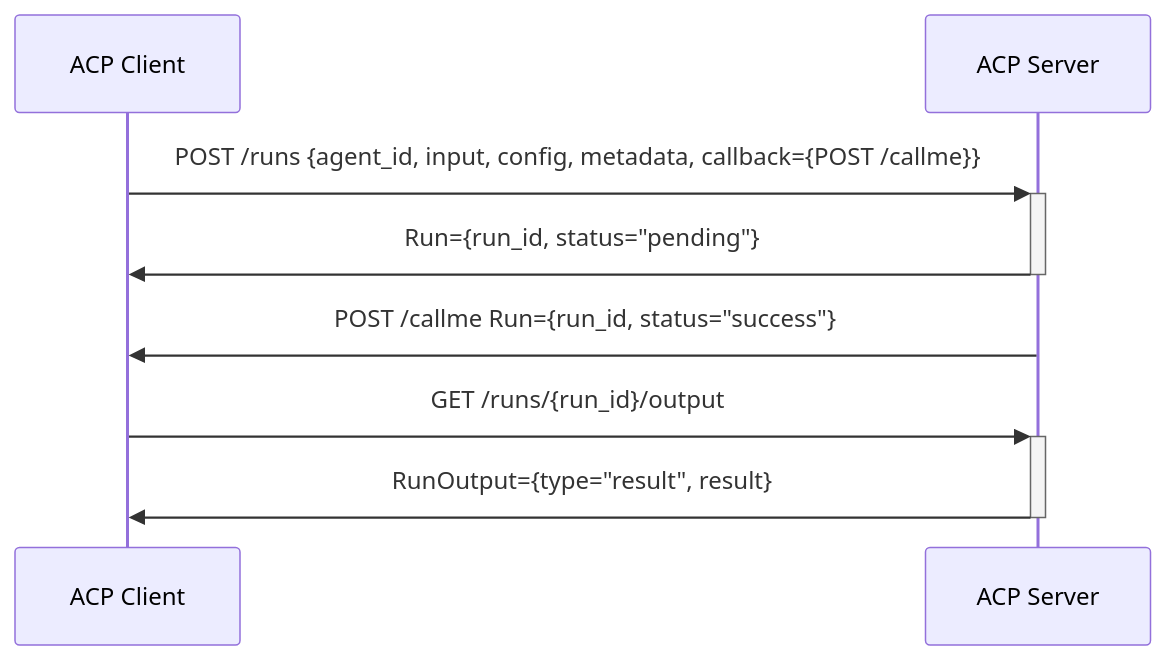
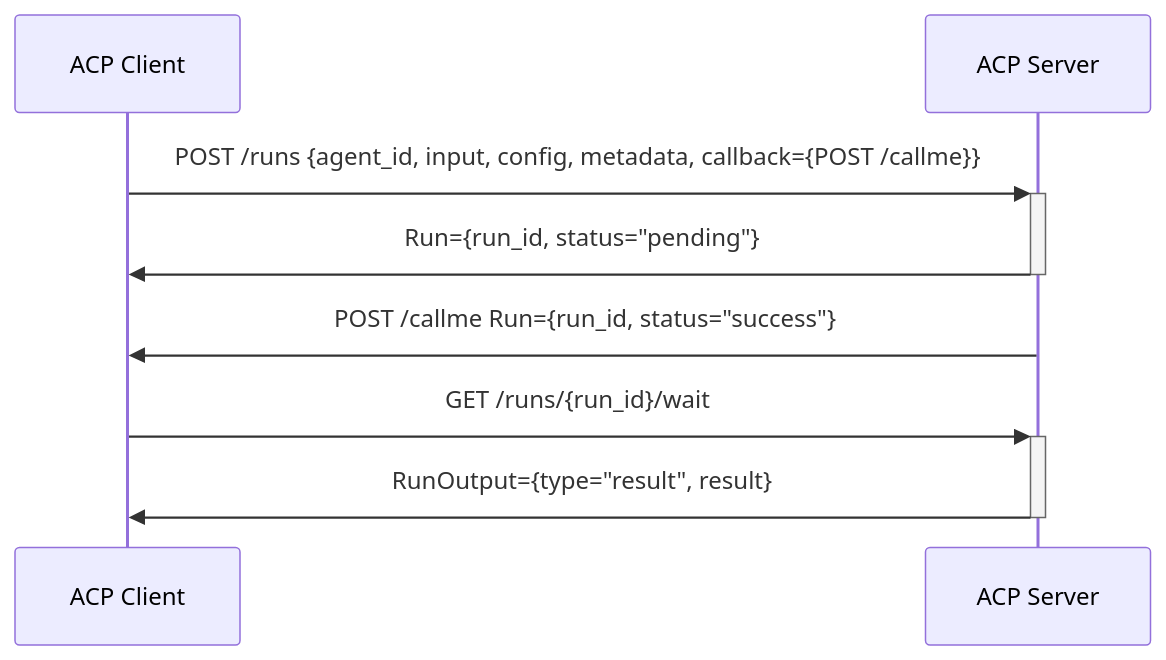
Before and after one commit to agntcy/acp-spec: the sixth of 9 diagrams in docs/README.md, drawn with Mermaid. The commit also changed other lines of this file and 4 other files, not shown here.

````diff
--- a/docs/README.md
+++ b/docs/README.md
@@ -111,10 +111,10 @@
 ```mermaid
 sequenceDiagram
     participant C as ACP Client
     participant S as ACP Server
     C->>+S: POST /runs {agent_id, input, config, metadata, callback={POST /callme}}
     S->>-C: Run={run_id, status="pending"}
     S->>C: POST /callme Run={run_id, status="success"}
-    C->>+S: GET /runs/{run_id}/output
+    C->>+S: GET /runs/{run_id}/wait
     S->>-C: RunOutput={type="result", result}
 ```
````
